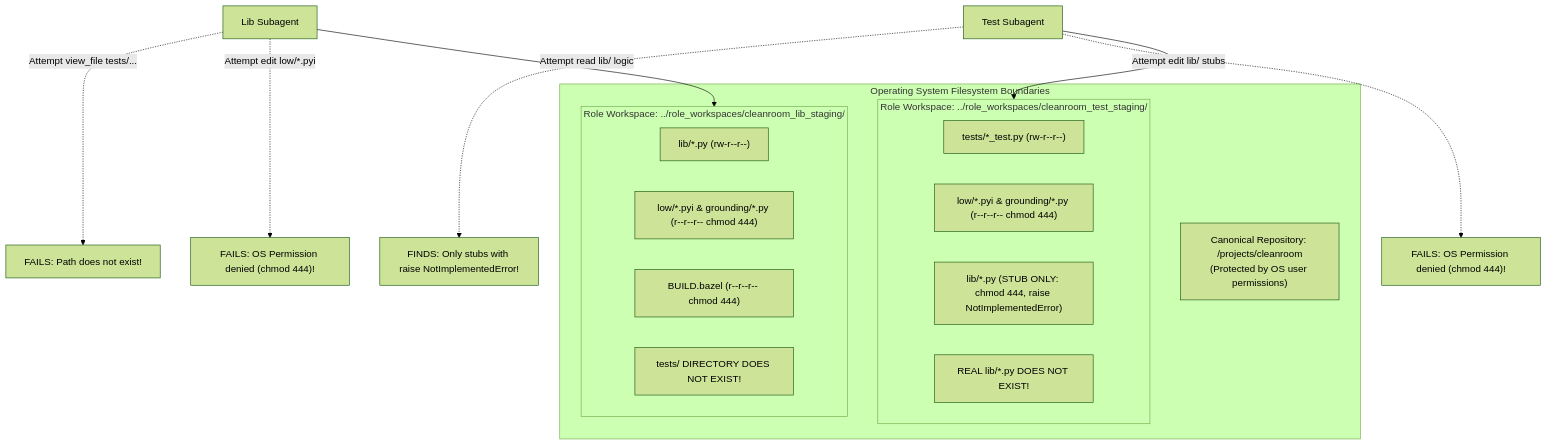
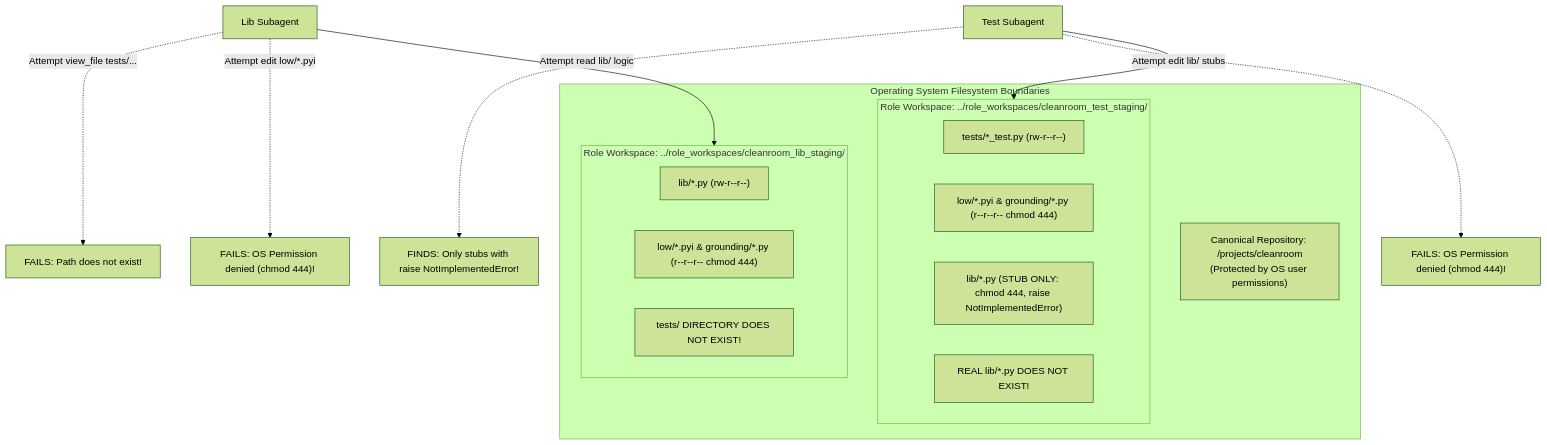
One commit to mcdirmid/cleanroom changed the seventh of 8 diagrams in design-docs/subagent_driven_cleanroom_workspaces_todo.md. Above: the diagram before and after it, drawn with Mermaid (forest theme). The commit also changed other lines of this file and 622 other files, not shown here.

````diff
--- a/design-docs/subagent_driven_cleanroom_workspaces_todo.md
+++ b/design-docs/subagent_driven_cleanroom_workspaces_todo.md
@@ -691,28 +691,27 @@
 ```mermaid
 flowchart TD
     subgraph HostOS ["Operating System Filesystem Boundaries"]
         MainWS["Canonical Repository: /projects/cleanroom\n(Protected by OS user permissions)"]
         
         subgraph LibContainer ["Role Workspace: ../role_workspaces/cleanroom_lib_staging/"]
             LibSrc["lib/*.py (rw-r--r--)"]
             LibSpec["low/*.pyi & grounding/*.py (r--r--r-- chmod 444)"]
-            LibBuild["BUILD.bazel (r--r--r-- chmod 444)"]
             LibMissing["tests/ DIRECTORY DOES NOT EXIST!"]
         end
 
         subgraph TestContainer ["Role Workspace: ../role_workspaces/cleanroom_test_staging/"]
             TestSrc["tests/*_test.py (rw-r--r--)"]
             TestSpec["low/*.pyi & grounding/*.py (r--r--r-- chmod 444)"]
             TestStub["lib/*.py (STUB ONLY: chmod 444, raise NotImplementedError)"]
             TestRealLib["REAL lib/*.py DOES NOT EXIST!"]
         end
     end
 
     SubagentLib["Lib Subagent"] --> LibContainer
     SubagentTest["Test Subagent"] --> TestContainer
 
     SubagentLib -.->|"Attempt view_file tests/..."| Block1["FAILS: Path does not exist!"]
     SubagentLib -.->|"Attempt edit low/*.pyi"| Block2["FAILS: OS Permission denied (chmod 444)!"]
     SubagentTest -.->|"Attempt read lib/ logic"| Block3["FINDS: Only stubs with raise NotImplementedError!"]
     SubagentTest -.->|"Attempt edit lib/ stubs"| Block4["FAILS: OS Permission denied (chmod 444)!"]
 ```
````
